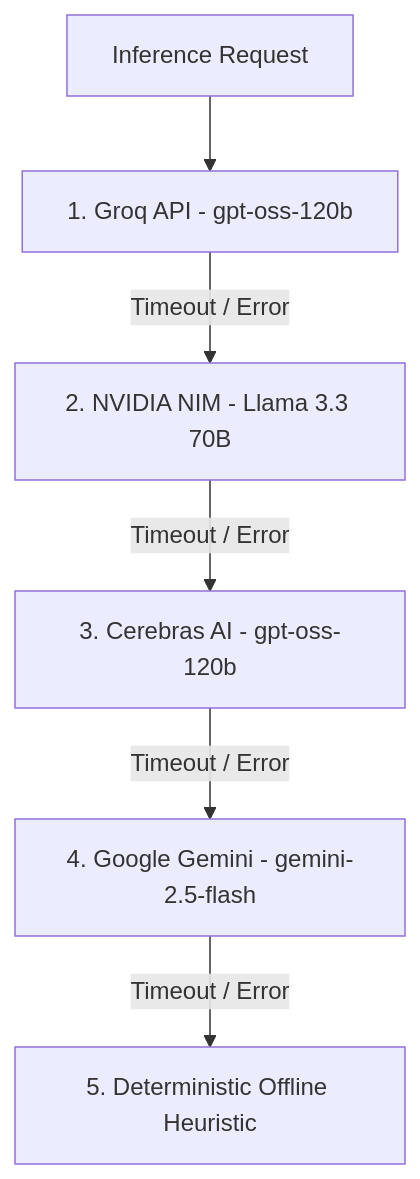
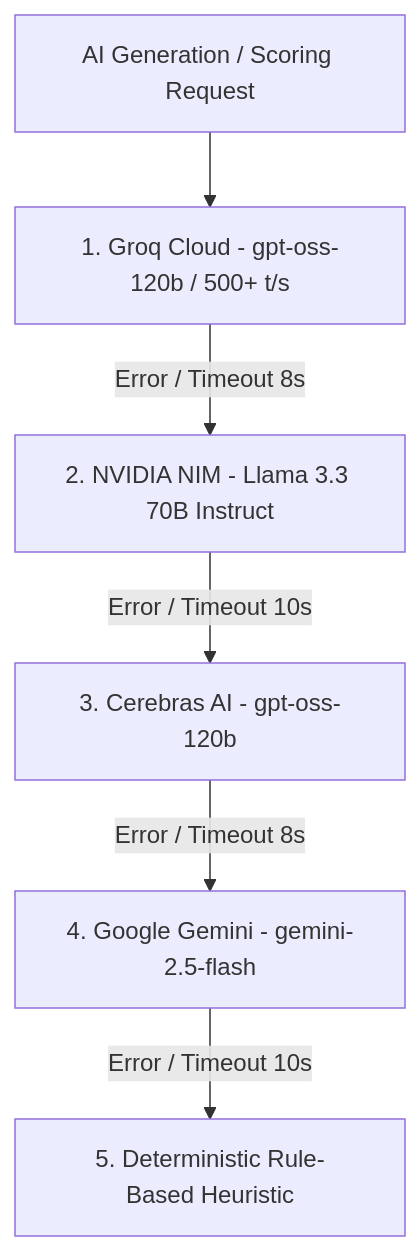
Before and after one commit to Hey-Astreon/CareerAgent: the diagram in CAREER_AGENT_MASTER_MEMORY_BACKUP.md, drawn with Mermaid. The commit also changed other lines of this file, not shown here.

Commit message:
docs(memory): calibrate master memory vault for AI cognitive continuity, architecture retention, and brotherhood ledger

````diff
--- a/CAREER_AGENT_MASTER_MEMORY_BACKUP.md
+++ b/CAREER_AGENT_MASTER_MEMORY_BACKUP.md
@@ -75,8 +117,8 @@
 ```mermaid
 graph TD
-    A[Inference Request] --> B[1. Groq API - gpt-oss-120b]
-    B -- Timeout / Error --> C[2. NVIDIA NIM - Llama 3.3 70B]
-    C -- Timeout / Error --> D[3. Cerebras AI - gpt-oss-120b]
-    D -- Timeout / Error --> E[4. Google Gemini - gemini-2.5-flash]
-    E -- Timeout / Error --> F[5. Deterministic Offline Heuristic]
+    Req[AI Generation / Scoring Request] --> Groq[1. Groq Cloud - gpt-oss-120b / 500+ t/s]
+    Groq -- Error / Timeout 8s --> NIM[2. NVIDIA NIM - Llama 3.3 70B Instruct]
+    NIM -- Error / Timeout 10s --> Cerebras[3. Cerebras AI - gpt-oss-120b]
+    Cerebras -- Error / Timeout 8s --> Gemini[4. Google Gemini - gemini-2.5-flash]
+    Gemini -- Error / Timeout 10s --> Fallback[5. Deterministic Rule-Based Heuristic]
 ```
````
